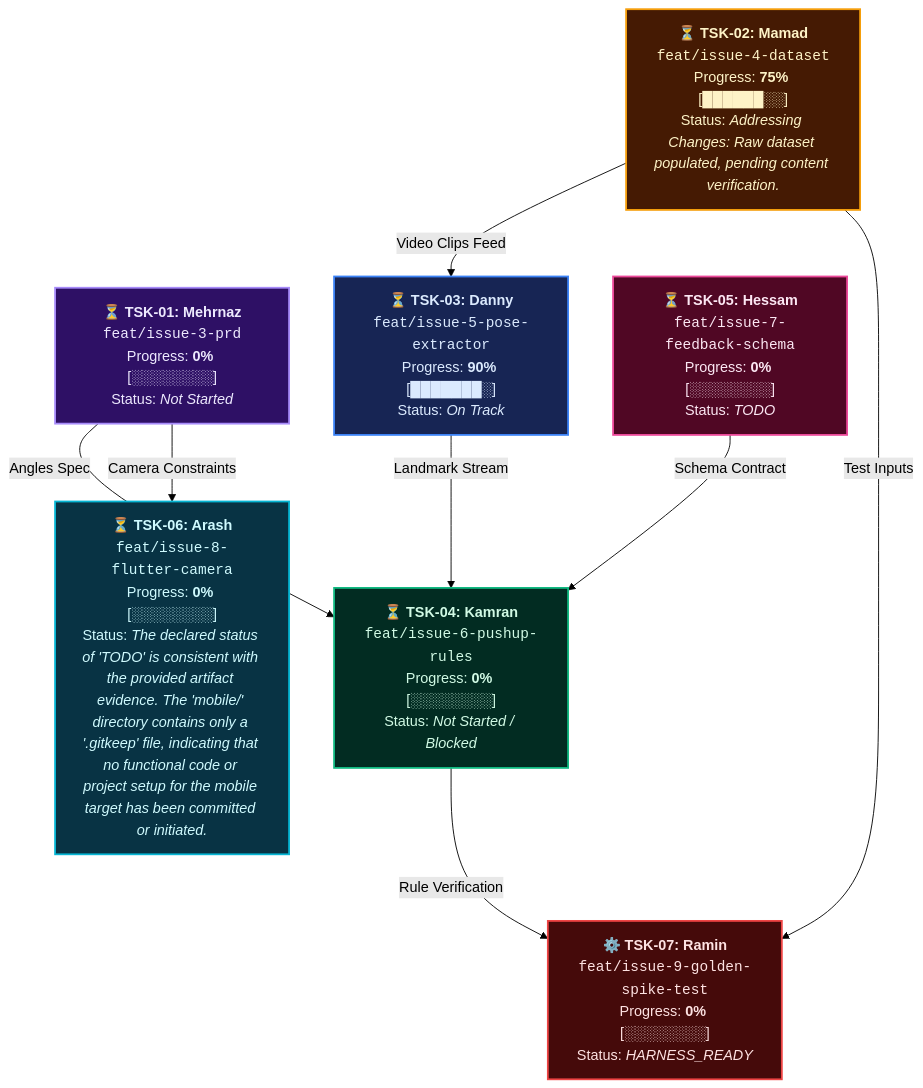
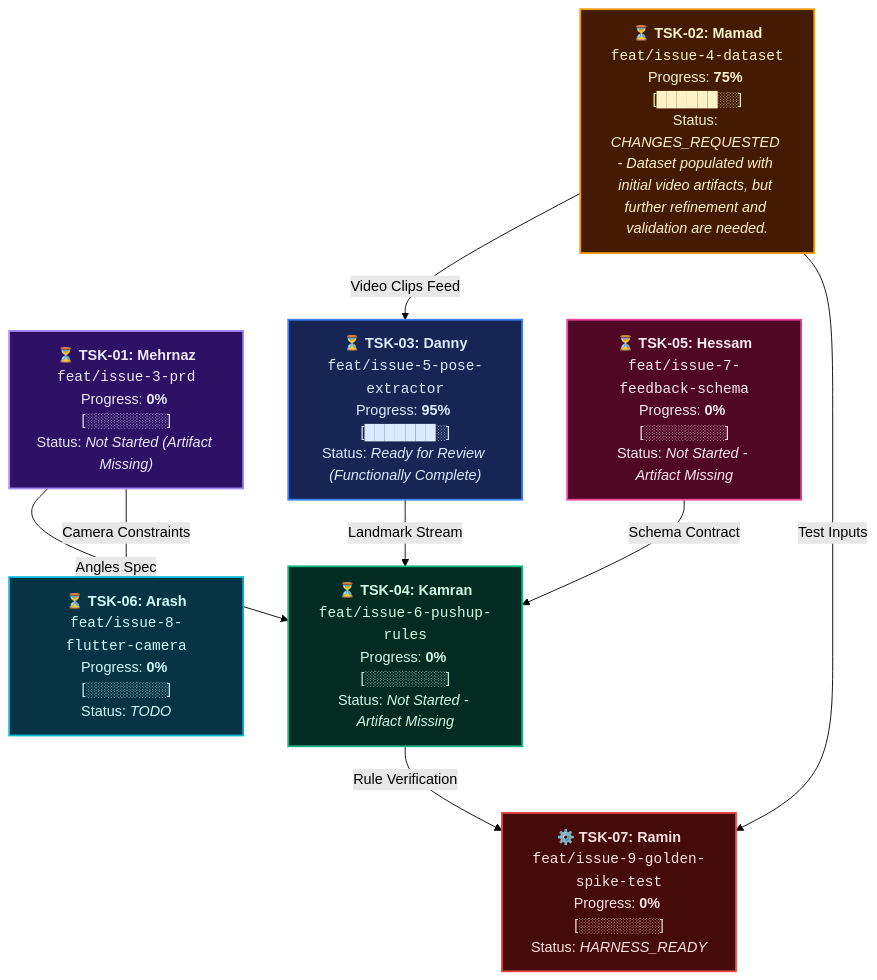
The diagram in docs/07_architecture/workflow_map.md (Calis-project/Calis-app), drawn with Mermaid (forest theme) before and after one commit. The commit also changed 1 other file, not shown here.

Commit message:
chore(ci): update sprint workflow map & progress report [skip ci]

````diff
--- a/docs/07_architecture/workflow_map.md
+++ b/docs/07_architecture/workflow_map.md
@@ -5,40 +5,40 @@
 ```mermaid
 graph TD
     %% Styles
     classDef style_Mehrnaz fill:#2E1065,stroke:#A78BFA,stroke-width:2px,color:#EDE9FE;
     classDef style_Mamad fill:#451A03,stroke:#F59E0B,stroke-width:2px,color:#FEF3C7;
     classDef style_Danny fill:#172554,stroke:#3B82F6,stroke-width:2px,color:#DBEAFE;
     classDef style_Kamran fill:#022C22,stroke:#10B981,stroke-width:2px,color:#D1FAE5;
     classDef style_Hessam fill:#500724,stroke:#EC4899,stroke-width:2px,color:#FCE7F3;
     classDef style_Arash fill:#083344,stroke:#06B6D4,stroke-width:2px,color:#CFFAFE;
     classDef style_Ramin fill:#450A0A,stroke:#EF4444,stroke-width:2px,color:#FEE2E2;
     classDef blockedNode fill:#7F1D1D,stroke:#DC2626,stroke-width:3px,color:#FEE2E2,stroke-dasharray: 5 5;
     classDef verifiedNode fill:#064E3B,stroke:#059669,stroke-width:3px,color:#ECFDF5;
 
     %% Tasks
-    TSK_01["⏳ <b>TSK-01: Mehrnaz</b><br/><code>feat/issue-3-prd</code><br/>Progress: <b>0%</b> [░░░░░░░░]<br/>Status: <i>Not Started</i>"]
-    TSK_02["⏳ <b>TSK-02: Mamad</b><br/><code>feat/issue-4-dataset</code><br/>Progress: <b>75%</b> [██████░░]<br/>Status: <i>Addressing Changes: Raw dataset populated, pending content verification.</i>"]
-    TSK_03["⏳ <b>TSK-03: Danny</b><br/><code>feat/issue-5-pose-extractor</code><br/>Progress: <b>90%</b> [███████░]<br/>Status: <i>On Track</i>"]
-    TSK_04["⏳ <b>TSK-04: Kamran</b><br/><code>feat/issue-6-pushup-rules</code><br/>Progress: <b>0%</b> [░░░░░░░░]<br/>Status: <i>Not Started / Blocked</i>"]
-    TSK_05["⏳ <b>TSK-05: Hessam</b><br/><code>feat/issue-7-feedback-schema</code><br/>Progress: <b>0%</b> [░░░░░░░░]<br/>Status: <i>TODO</i>"]
-    TSK_06["⏳ <b>TSK-06: Arash</b><br/><code>feat/issue-8-flutter-camera</code><br/>Progress: <b>0%</b> [░░░░░░░░]<br/>Status: <i>The declared status of 'TODO' is consistent with the provided artifact evidence. The 'mobile/' directory contains only a '.gitkeep' file, indicating that no functional code or project setup for the mobile target has been committed or initiated.</i>"]
+    TSK_01["⏳ <b>TSK-01: Mehrnaz</b><br/><code>feat/issue-3-prd</code><br/>Progress: <b>0%</b> [░░░░░░░░]<br/>Status: <i>Not Started (Artifact Missing)</i>"]
+    TSK_02["⏳ <b>TSK-02: Mamad</b><br/><code>feat/issue-4-dataset</code><br/>Progress: <b>75%</b> [██████░░]<br/>Status: <i>CHANGES_REQUESTED - Dataset populated with initial video artifacts, but further refinement and validation are needed.</i>"]
+    TSK_03["⏳ <b>TSK-03: Danny</b><br/><code>feat/issue-5-pose-extractor</code><br/>Progress: <b>95%</b> [███████░]<br/>Status: <i>Ready for Review (Functionally Complete)</i>"]
+    TSK_04["⏳ <b>TSK-04: Kamran</b><br/><code>feat/issue-6-pushup-rules</code><br/>Progress: <b>0%</b> [░░░░░░░░]<br/>Status: <i>Not Started - Artifact Missing</i>"]
+    TSK_05["⏳ <b>TSK-05: Hessam</b><br/><code>feat/issue-7-feedback-schema</code><br/>Progress: <b>0%</b> [░░░░░░░░]<br/>Status: <i>Not Started - Artifact Missing</i>"]
+    TSK_06["⏳ <b>TSK-06: Arash</b><br/><code>feat/issue-8-flutter-camera</code><br/>Progress: <b>0%</b> [░░░░░░░░]<br/>Status: <i>TODO</i>"]
     TSK_07["⚙️ <b>TSK-07: Ramin</b><br/><code>feat/issue-9-golden-spike-test</code><br/>Progress: <b>0%</b> [░░░░░░░░]<br/>Status: <i>HARNESS_READY</i>"]
 
     %% Pipeline Sequence
     TSK_01 -->|Angles Spec| TSK_04
     TSK_01 -->|Camera Constraints| TSK_06
     TSK_02 -->|Video Clips Feed| TSK_03
     TSK_03 -->|Landmark Stream| TSK_04
     TSK_05 -->|Schema Contract| TSK_04
     TSK_04 -->|Rule Verification| TSK_07
     TSK_02 -->|Test Inputs| TSK_07
 
     %% Classes
     class TSK_01 style_Mehrnaz;
     class TSK_02 style_Mamad;
     class TSK_03 style_Danny;
     class TSK_04 style_Kamran;
     class TSK_05 style_Hessam;
     class TSK_06 style_Arash;
     class TSK_07 style_Ramin;
 ```
````
